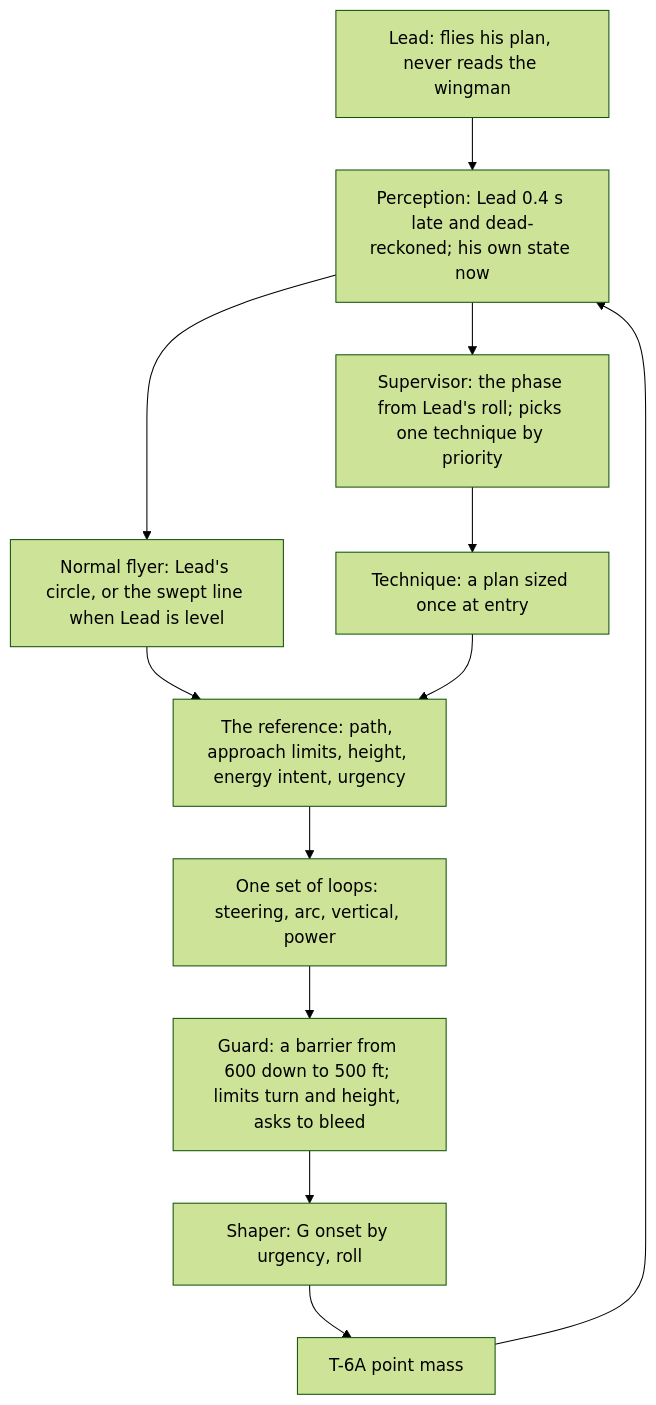
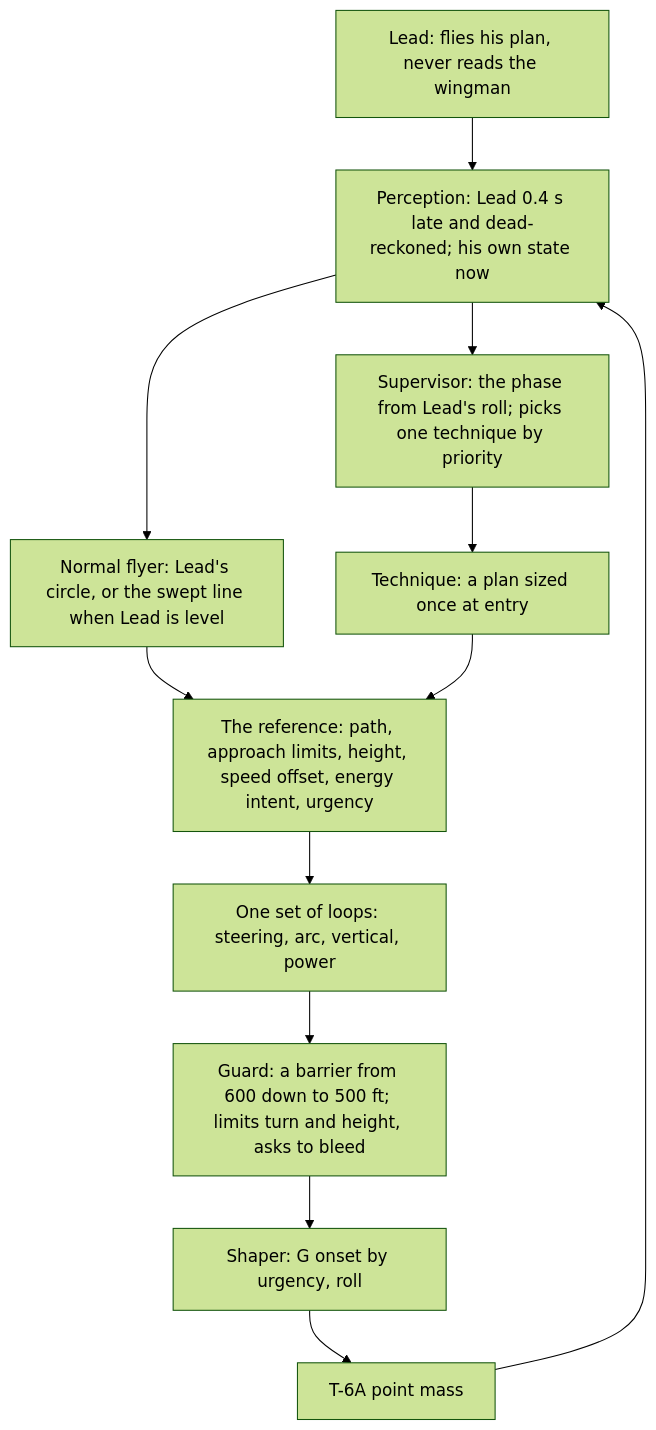
The first of 3 diagrams in Pat's claude work/formation-review-12oct/spec-7e-draft-4.md (LIZARDHANDS-commits/Dads-debreif), drawn with Mermaid (forest theme) before and after one commit. The commit also changed other lines of this file and 4 other files, not shown here.

````diff
--- a/Pat's claude work/formation-review-12oct/spec-7e-draft-4.md
+++ b/Pat's claude work/formation-review-12oct/spec-7e-draft-4.md
@@ -15,14 +15,14 @@
 ```mermaid
 flowchart TB
   L["Lead: flies his plan, never reads the wingman"] --> P["Perception: Lead 0.4 s late and dead-reckoned; his own state now"]
   P --> S["Supervisor: the phase from Lead's roll; picks one technique by priority"]
   P --> N["Normal flyer: Lead's circle, or the swept line when Lead is level"]
   S --> T["Technique: a plan sized once at entry"]
-  N --> R["The reference: path, approach limits, height, energy intent, urgency"]
+  N --> R["The reference: path, approach limits, height, speed offset, energy intent, urgency"]
   T --> R
   R --> LO["One set of loops: steering, arc, vertical, power"]
   LO --> G["Guard: a barrier from 600 down to 500 ft; limits turn and height, asks to bleed"]
   G --> SH["Shaper: G onset by urgency, roll"]
   SH --> A["T-6A point mass"]
   A --> P
 ```
````
